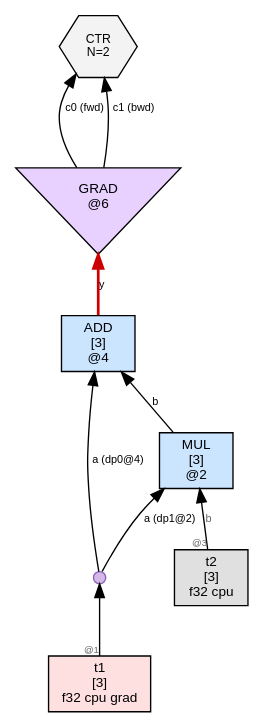
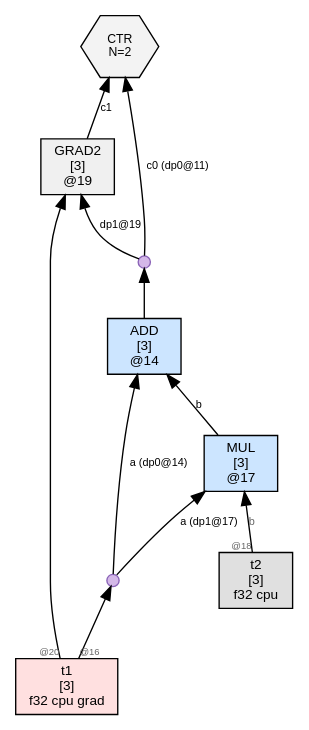
The diagram in wl/examples/thvm_graphs/grad_rules/nested_reuse/thvm_0_pre_reduce.dot (sw1sh/TinyHVM), drawn with Graphviz before and after one commit. The commit also changed 156 other files, not shown here.

First line of the commit message:
grad: migrate mk() to UOP_GRAD2; all 50 rule tests flow through new path

```diff
--- a/wl/examples/thvm_graphs/grad_rules/nested_reuse/thvm_0_pre_reduce.dot
+++ b/wl/examples/thvm_graphs/grad_rules/nested_reuse/thvm_0_pre_reduce.dot
@@ -1,21 +1,24 @@
 digraph G {
   rankdir=BT;
   node [fontname="Helvetica", fontsize=10, style=filled, shape=box, margin="0.1,0.05"];
   edge [fontsize=8, fontname="Helvetica"];
 
-  n2 [label="MUL\n[3]\n@2", shape=box, fillcolor="#cce5ff"];
-  dup1 [label="", shape=circle, width=0.12, height=0.12, fixedsize=true, fillcolor="#d4b8e8", color="#8a63b7", fontsize=1];
+  n19 [label="GRAD2\n[3]\n@19", shape=box, fillcolor="#f0f0f0"];
+  dup13 [label="", shape=circle, width=0.12, height=0.12, fixedsize=true, fillcolor="#d4b8e8", color="#8a63b7", fontsize=1];
+  n14 -> dup13;
+  dup13 -> n19 [label="dp1@19"];
   t1 [label="t1\n[3]\nf32 cpu grad",shape=box,fillcolor="#ffe0e0"];
-  t1 -> dup1[label="",taillabel="@1",labelfontsize=7,fontcolor="#666666"];
-  dup1 -> n2 [label="a (dp1@2)"];
+  t1 -> n19 [label="",taillabel="@20",labelfontsize=7,fontcolor="#666666"];
+  n14 [label="ADD\n[3]\n@14", shape=box, fillcolor="#cce5ff"];
+  dup16 [label="", shape=circle, width=0.12, height=0.12, fixedsize=true, fillcolor="#d4b8e8", color="#8a63b7", fontsize=1];
+  t1 -> dup16[label="",taillabel="@16",labelfontsize=7,fontcolor="#666666"];
+  dup16 -> n14 [label="a (dp0@14)"];
+  n17 -> n14 [label="b"];
+  n17 [label="MUL\n[3]\n@17", shape=box, fillcolor="#cce5ff"];
+  dup16 -> n17 [label="a (dp1@17)"];
   t2 [label="t2\n[3]\nf32 cpu",shape=box,fillcolor="#e0e0e0"];
-  t2 -> n2 [label="b",taillabel="@3",labelfontsize=7,fontcolor="#666666"];
-  n4 [label="ADD\n[3]\n@4", shape=box, fillcolor="#cce5ff"];
-  dup1 -> n4 [label="a (dp0@4)"];
-  n2 -> n4 [label="b"];
-  ctr9 [label="CTR\nN=2", shape=hexagon, fillcolor="#f3f3f3", fontsize=9];
-  grad6 [label="GRAD\n@6", shape=invtriangle, fillcolor="#e8d0ff"];
-  n4 -> grad6 [label="y",color="#cc0000",penwidth=2.0];
-  grad6 -> ctr9 [label="c0 (fwd)"];
-  grad6 -> ctr9 [label="c1 (bwd)"];
+  t2 -> n17 [label="b",taillabel="@18",labelfontsize=7,fontcolor="#666666"];
+  ctr11 [label="CTR\nN=2", shape=hexagon, fillcolor="#f3f3f3", fontsize=9];
+  dup13 -> ctr11 [label="c0 (dp0@11)"];
+  n19 -> ctr11 [label="c1"];
 }
```
